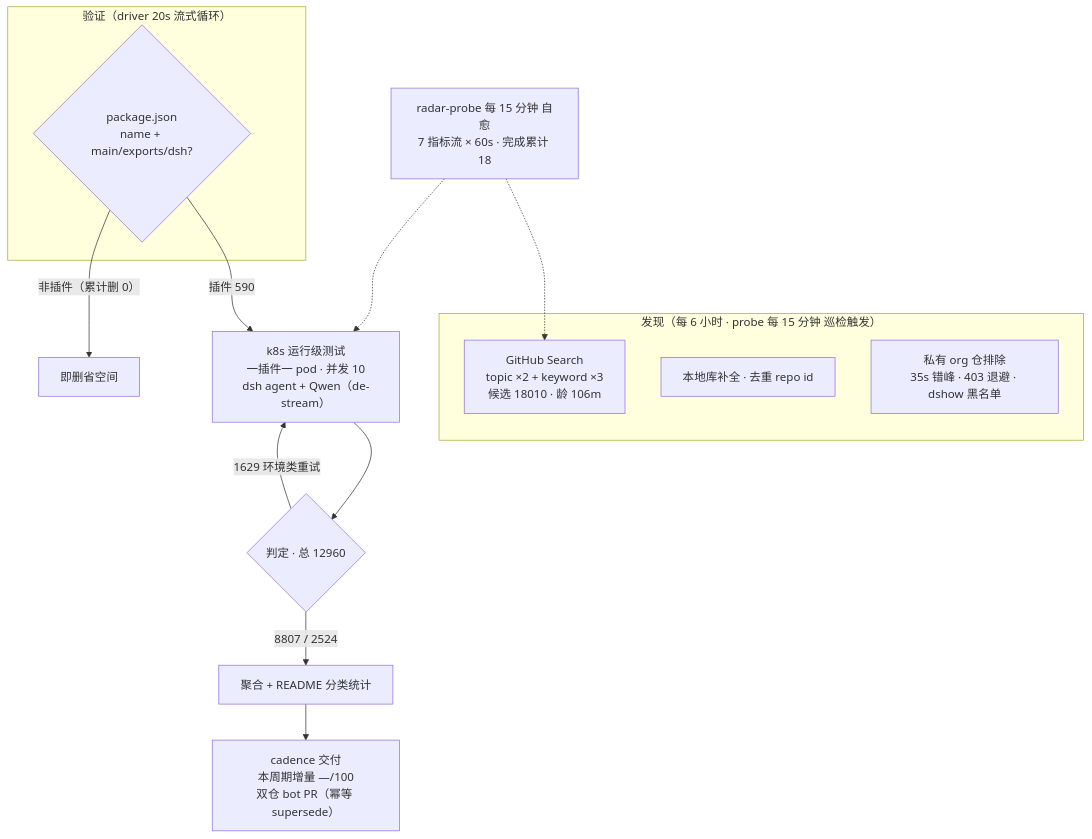
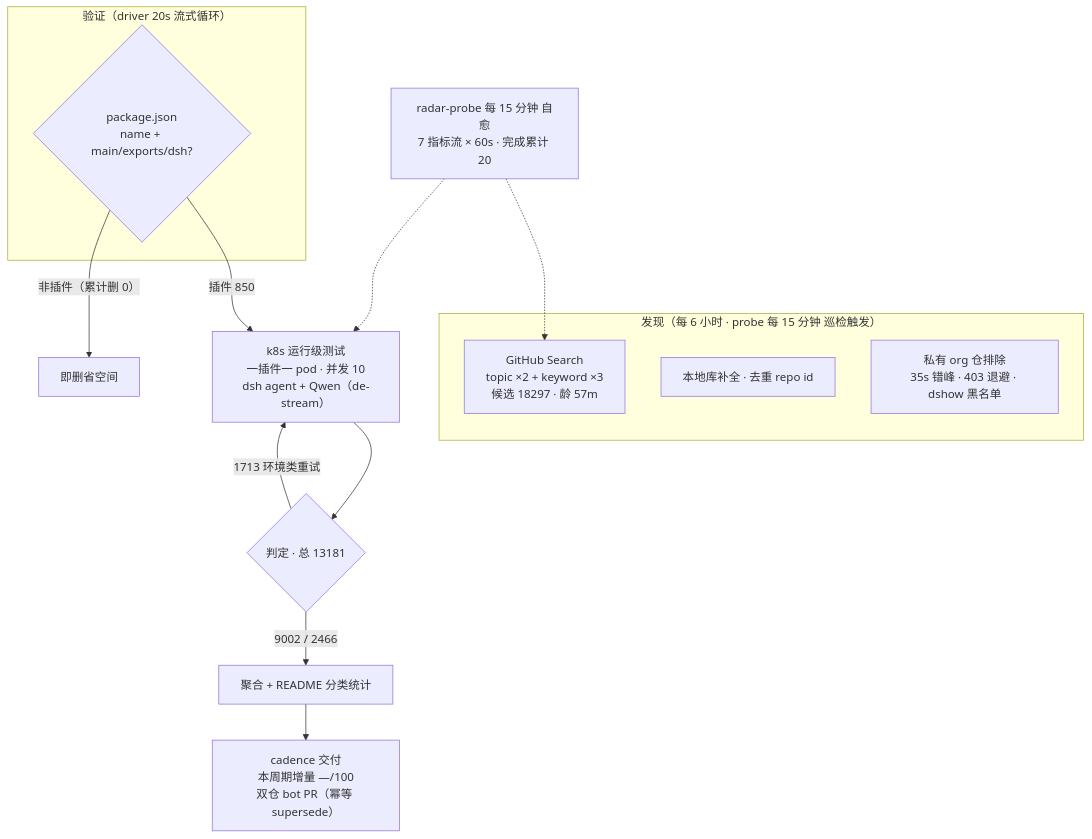
Before and after one commit to the-beating-light-of-the-nail/dsh-meme-hub-site: the diagram in public/readmes/awesome-dsh-plugins.md, drawn with Mermaid. The commit also changed other lines of this file and 252 other files, not shown here.

````diff
--- a/public/readmes/awesome-dsh-plugins.md
+++ b/public/readmes/awesome-dsh-plugins.md
@@ -52,20 +52,20 @@
 ```mermaid
 flowchart TB
     subgraph Discovery["发现（每 6 小时 · probe 每 15 分钟 巡检触发）"]
-        A1["GitHub Search<br/>topic ×2 + keyword ×3<br/>候选 18010 · 龄 106m"]
+        A1["GitHub Search<br/>topic ×2 + keyword ×3<br/>候选 18297 · 龄 57m"]
         A2["本地库补全 · 去重 repo id"]
         A3["私有 org 仓排除<br/>35s 错峰 · 403 退避 · dshow 黑名单"]
     end
     subgraph Validation["验证（driver 20s 流式循环）"]
         B1{"package.json<br/>name + main/exports/dsh?"}
     end
-    B1 -->|"插件 590"| C1["k8s 运行级测试<br/>一插件一 pod · 并发 10<br/>dsh agent + Qwen（de-stream）"]
+    B1 -->|"插件 850"| C1["k8s 运行级测试<br/>一插件一 pod · 并发 10<br/>dsh agent + Qwen（de-stream）"]
     B1 -->|"非插件（累计删 0）"| B3["即删省空间"]
-    C1 --> D1{"判定 · 总 12960"}
-    D1 -->|"8807 / 2524"| E1["聚合 + README 分类统计"]
-    D1 -->|"1629 环境类重试"| C1
+    C1 --> D1{"判定 · 总 13181"}
+    D1 -->|"9002 / 2466"| E1["聚合 + README 分类统计"]
+    D1 -->|"1713 环境类重试"| C1
     E1 --> E2["cadence 交付<br/>本周期增量 —/100<br/>双仓 bot PR（幂等 supersede）"]
-    M["radar-probe 每 15 分钟 自愈<br/>7 指标流 × 60s · 完成累计 18"]
+    M["radar-probe 每 15 分钟 自愈<br/>7 指标流 × 60s · 完成累计 20"]
     M -.-> A1
     M -.-> C1
 ```
````
